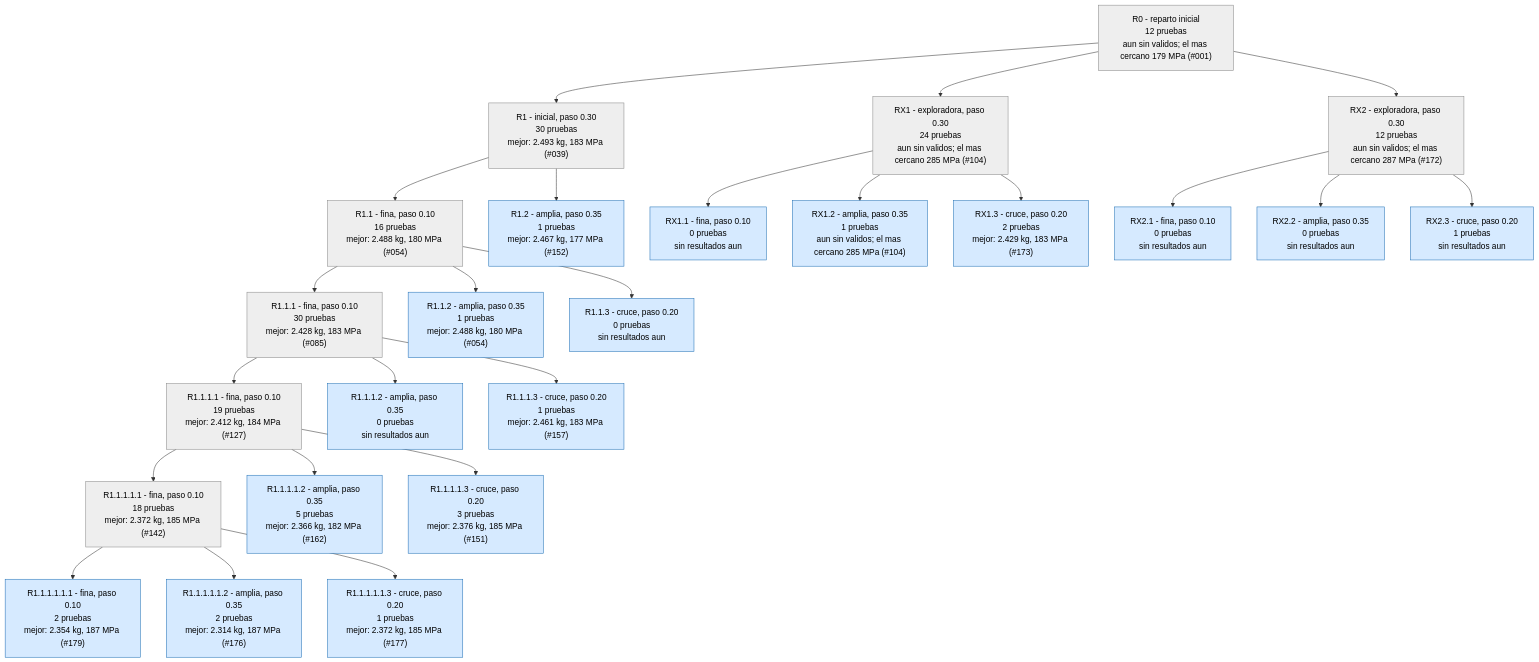
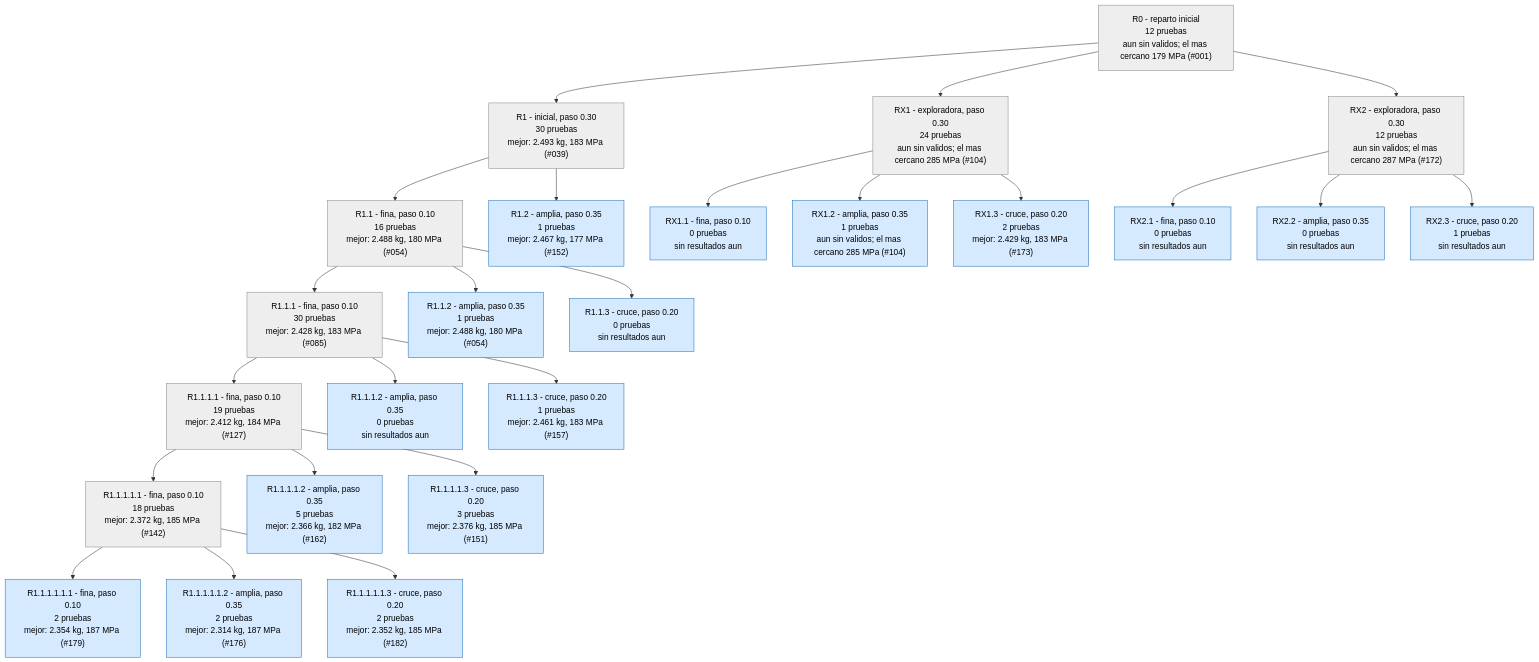
The second of 4 diagrams in runs/opt_37800N/ARBOL.md (Hugiko/msd-soporte-optimizacion), drawn with Mermaid before and after one commit. The commit also changed 22 other files, not shown here.

````diff
--- a/runs/opt_37800N/ARBOL.md
+++ b/runs/opt_37800N/ARBOL.md
@@ -41,53 +41,53 @@
 ```mermaid
 graph TD
 classDef activa fill:#d6eaff,stroke:#1f6fb5,color:#000
 classDef fin fill:#eeeeee,stroke:#888,color:#000
 classDef mejor fill:#c8f0c0,stroke:#1a9850,stroke-width:4px,color:#000
 R0["R0 - reparto inicial<br/>12 pruebas<br/>aun sin validos; el mas cercano 179 MPa (#001)"]:::fin
 R1["R1 - inicial, paso 0.30<br/>30 pruebas<br/>mejor: 2.493 kg, 183 MPa (#039)"]:::fin
 R0 --> R1
 R1_1["R1.1 - fina, paso 0.10<br/>16 pruebas<br/>mejor: 2.488 kg, 180 MPa (#054)"]:::fin
 R1 --> R1_1
 R1_2["R1.2 - amplia, paso 0.35<br/>1 pruebas<br/>mejor: 2.467 kg, 177 MPa (#152)"]:::activa
 R1 --> R1_2
 R1_1_1["R1.1.1 - fina, paso 0.10<br/>30 pruebas<br/>mejor: 2.428 kg, 183 MPa (#085)"]:::fin
 R1_1 --> R1_1_1
 R1_1_2["R1.1.2 - amplia, paso 0.35<br/>1 pruebas<br/>mejor: 2.488 kg, 180 MPa (#054)"]:::activa
 R1_1 --> R1_1_2
 R1_1_3["R1.1.3 - cruce, paso 0.20<br/>0 pruebas<br/>sin resultados aun"]:::activa
 R1_1 --> R1_1_3
 R1_1_1_1["R1.1.1.1 - fina, paso 0.10<br/>19 pruebas<br/>mejor: 2.412 kg, 184 MPa (#127)"]:::fin
 R1_1_1 --> R1_1_1_1
 R1_1_1_2["R1.1.1.2 - amplia, paso 0.35<br/>0 pruebas<br/>sin resultados aun"]:::activa
 R1_1_1 --> R1_1_1_2
 R1_1_1_3["R1.1.1.3 - cruce, paso 0.20<br/>1 pruebas<br/>mejor: 2.461 kg, 183 MPa (#157)"]:::activa
 R1_1_1 --> R1_1_1_3
 RX1["RX1 - exploradora, paso 0.30<br/>24 pruebas<br/>aun sin validos; el mas cercano 285 MPa (#104)"]:::fin
 R0 --> RX1
 RX1_1["RX1.1 - fina, paso 0.10<br/>0 pruebas<br/>sin resultados aun"]:::activa
 RX1 --> RX1_1
 RX1_2["RX1.2 - amplia, paso 0.35<br/>1 pruebas<br/>aun sin validos; el mas cercano 285 MPa (#104)"]:::activa
 RX1 --> RX1_2
 RX1_3["RX1.3 - cruce, paso 0.20<br/>2 pruebas<br/>mejor: 2.429 kg, 183 MPa (#173)"]:::activa
 RX1 --> RX1_3
 R1_1_1_1_1["R1.1.1.1.1 - fina, paso 0.10<br/>18 pruebas<br/>mejor: 2.372 kg, 185 MPa (#142)"]:::fin
 R1_1_1_1 --> R1_1_1_1_1
 R1_1_1_1_2["R1.1.1.1.2 - amplia, paso 0.35<br/>5 pruebas<br/>mejor: 2.366 kg, 182 MPa (#162)"]:::activa
 R1_1_1_1 --> R1_1_1_1_2
 R1_1_1_1_3["R1.1.1.1.3 - cruce, paso 0.20<br/>3 pruebas<br/>mejor: 2.376 kg, 185 MPa (#151)"]:::activa
 R1_1_1_1 --> R1_1_1_1_3
 R1_1_1_1_1_1["R1.1.1.1.1.1 - fina, paso 0.10<br/>2 pruebas<br/>mejor: 2.354 kg, 187 MPa (#179)"]:::activa
 R1_1_1_1_1 --> R1_1_1_1_1_1
 R1_1_1_1_1_2["R1.1.1.1.1.2 - amplia, paso 0.35<br/>2 pruebas<br/>mejor: 2.314 kg, 187 MPa (#176)"]:::activa
 R1_1_1_1_1 --> R1_1_1_1_1_2
-R1_1_1_1_1_3["R1.1.1.1.1.3 - cruce, paso 0.20<br/>1 pruebas<br/>mejor: 2.372 kg, 185 MPa (#177)"]:::activa
+R1_1_1_1_1_3["R1.1.1.1.1.3 - cruce, paso 0.20<br/>2 pruebas<br/>mejor: 2.352 kg, 185 MPa (#182)"]:::activa
 R1_1_1_1_1 --> R1_1_1_1_1_3
 RX2["RX2 - exploradora, paso 0.30<br/>12 pruebas<br/>aun sin validos; el mas cercano 287 MPa (#172)"]:::fin
 R0 --> RX2
 RX2_1["RX2.1 - fina, paso 0.10<br/>0 pruebas<br/>sin resultados aun"]:::activa
 RX2 --> RX2_1
 RX2_2["RX2.2 - amplia, paso 0.35<br/>0 pruebas<br/>sin resultados aun"]:::activa
 RX2 --> RX2_2
 RX2_3["RX2.3 - cruce, paso 0.20<br/>1 pruebas<br/>sin resultados aun"]:::activa
 RX2 --> RX2_3
 ```
````
